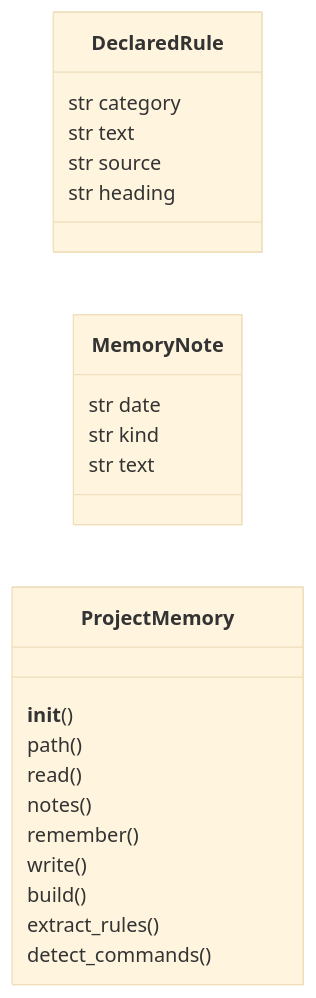
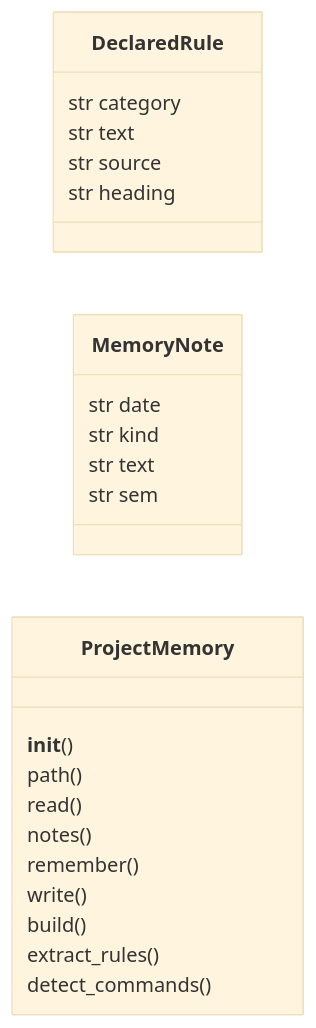
One commit to grisuno/ReadMenator changed the first of 2 diagrams in readmenator-apidocs/modules/readmenator._memory.py.md. Above: the diagram before and after it, drawn with Mermaid (base theme). The commit also changed other lines of this file and 264 other files, not shown here.

````diff
--- a/readmenator-apidocs/modules/readmenator._memory.py.md
+++ b/readmenator-apidocs/modules/readmenator._memory.py.md
@@ -33,23 +33,24 @@
 ```mermaid
 classDiagram
     direction LR
     class DeclaredRule
     DeclaredRule : str category
     DeclaredRule : str text
     DeclaredRule : str source
     DeclaredRule : str heading
     class MemoryNote
     MemoryNote : str date
     MemoryNote : str kind
     MemoryNote : str text
+    MemoryNote : str sem
     class ProjectMemory
     ProjectMemory : __init__()
     ProjectMemory : path()
     ProjectMemory : read()
     ProjectMemory : notes()
     ProjectMemory : remember()
     ProjectMemory : write()
     ProjectMemory : build()
     ProjectMemory : extract_rules()
     ProjectMemory : detect_commands()
 ```
````
